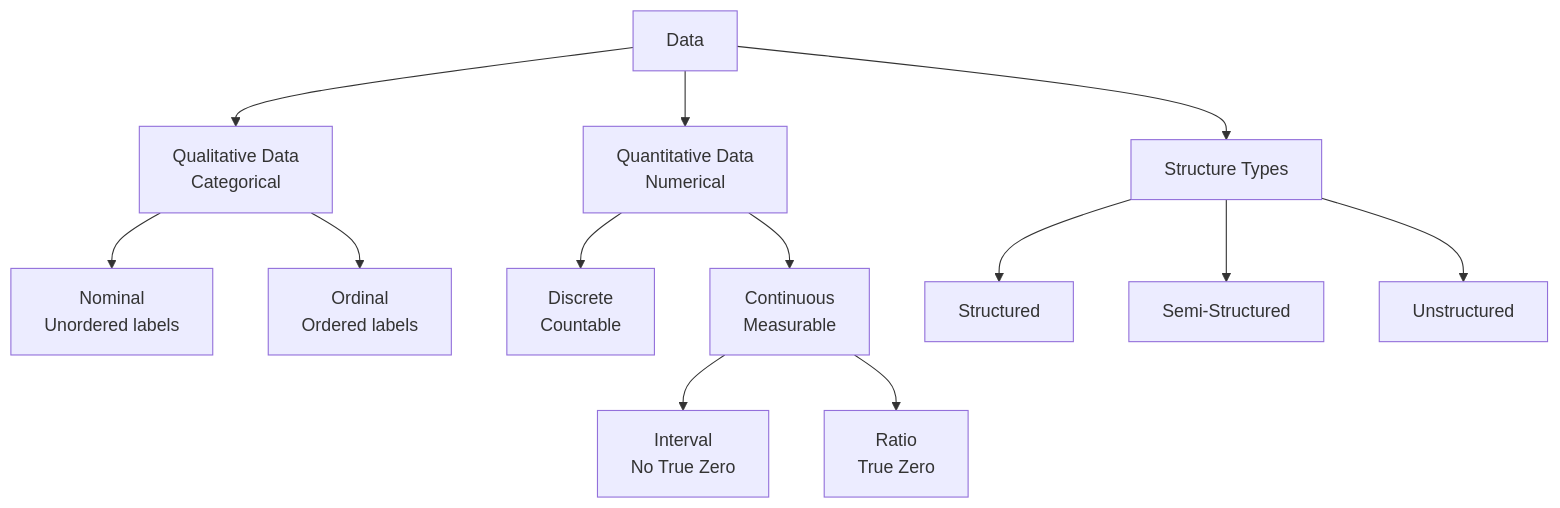
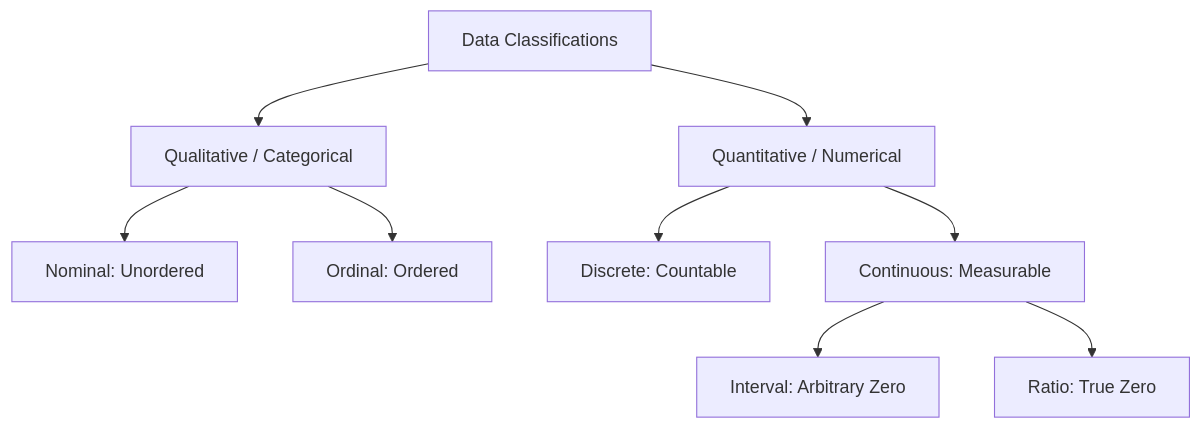
One commit to DeepLumiere/DeepSkills changed the diagram in notes/Chapter2_Types_of_Data.md. Above: the diagram before and after it, drawn with Mermaid. The commit also changed other lines of this file and 4 other files, not shown here.

````diff
--- a/notes/Chapter2_Types_of_Data.md
+++ b/notes/Chapter2_Types_of_Data.md
@@ -243,16 +22,15 @@
 ```mermaid
 graph TD
-    Data[Data]
-    Data --> Qual[Qualitative Data<br>Categorical]
-    Data --> Quant[Quantitative Data<br>Numerical]
-    Qual --> Nom[Nominal<br>Unordered labels]
-    Qual --> Ord[Ordinal<br>Ordered labels]
-    Quant --> Disc[Discrete<br>Countable]
-    Quant --> Cont[Continuous<br>Measurable]
-    Cont --> Int[Interval<br>No True Zero]
-    Cont --> Rat[Ratio<br>True Zero]
-    Data --> Struct[Structure Types]
-    Struct --> Structured[Structured]
-    Struct --> Semi[Semi-Structured]
-    Struct --> Unstructured[Unstructured]
+    Data[Data Classifications]
+    Data --> Qual[Qualitative / Categorical]
+    Data --> Quant[Quantitative / Numerical]
+
+    Qual --> Nom[Nominal: Unordered]
+    Qual --> Ord[Ordinal: Ordered]
+
+    Quant --> Disc[Discrete: Countable]
+    Quant --> Cont[Continuous: Measurable]
+
+    Cont --> Int[Interval: Arbitrary Zero]
+    Cont --> Rat[Ratio: True Zero]
 ```
````
